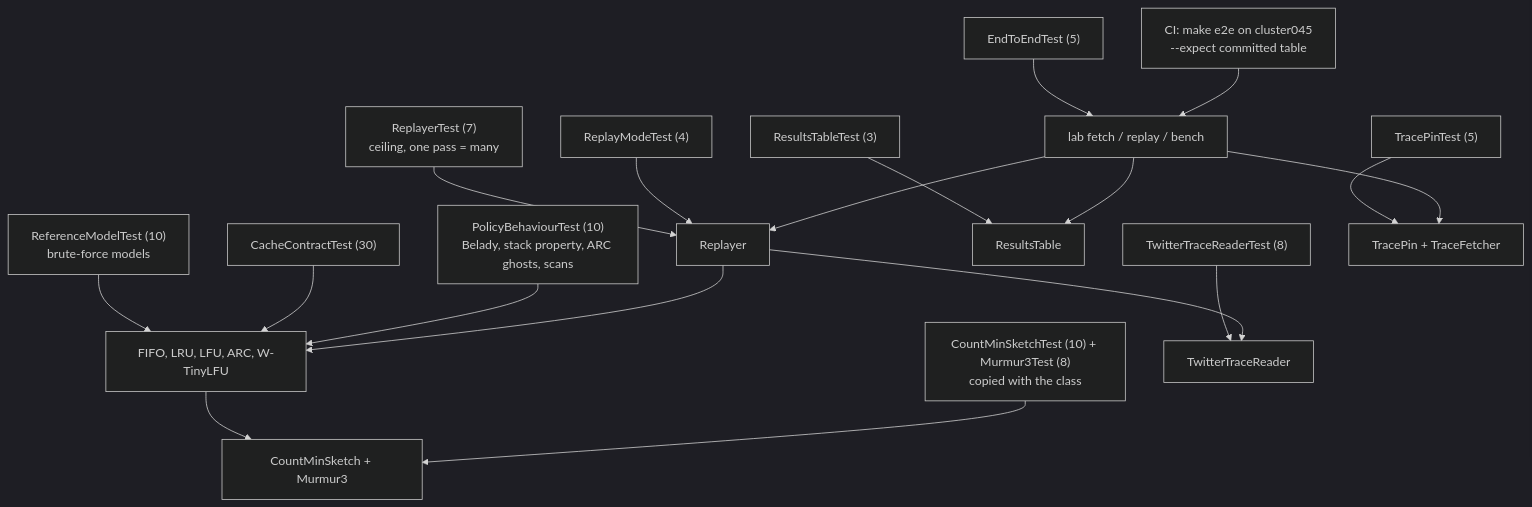
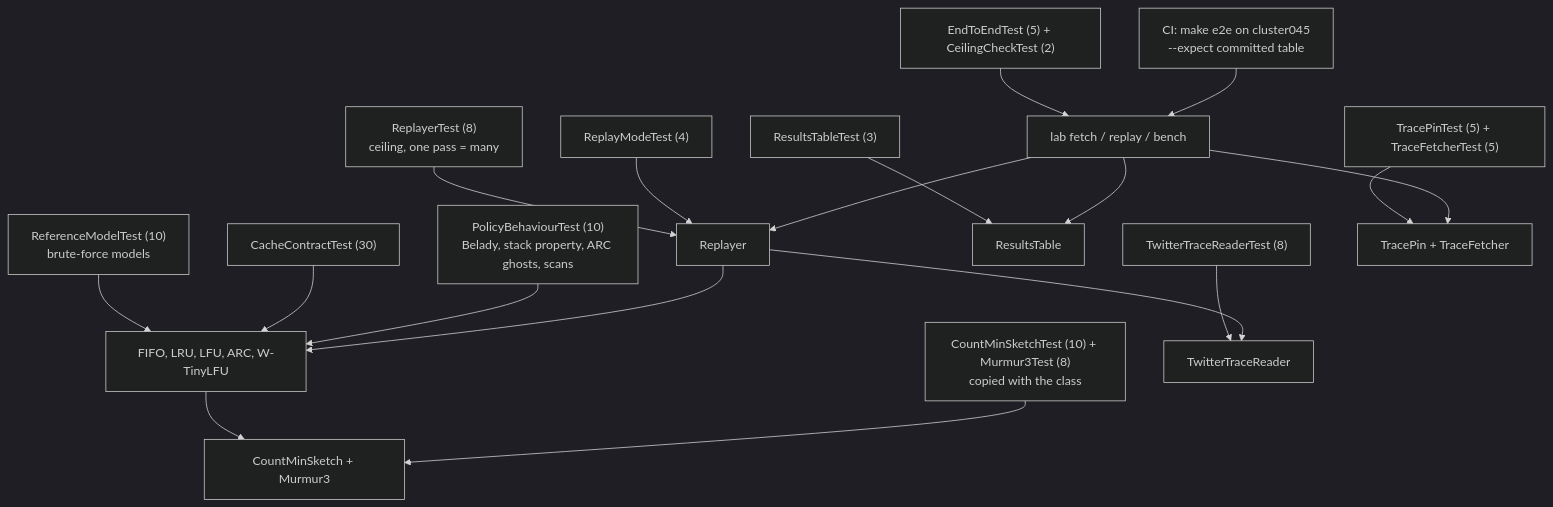
The second of 2 diagrams in README.md (EquinoxWN/cache-eviction-lab), drawn with Mermaid (dark theme) before and after one commit. The commit also changed other lines of this file and 6 other files, not shown here.

First line of the commit message:
test: check the 10 quality rules, kill surviving mutants

````diff
--- a/README.md
+++ b/README.md
@@ -190,19 +193,19 @@
 ```mermaid
 flowchart TB
   RM["ReferenceModelTest (10)<br/>brute-force models"] --> Pol["FIFO, LRU, LFU, ARC, W-TinyLFU"]
   CC["CacheContractTest (30)"] --> Pol
   PB["PolicyBehaviourTest (10)<br/>Belady, stack property, ARC ghosts, scans"] --> Pol
   Pol --> CMS["CountMinSketch + Murmur3"]
   CT["CountMinSketchTest (10) + Murmur3Test (8)<br/>copied with the class"] --> CMS
-  RT["ReplayerTest (7)<br/>ceiling, one pass = many"] --> Sim["Replayer"]
+  RT["ReplayerTest (8)<br/>ceiling, one pass = many"] --> Sim["Replayer"]
   MT["ReplayModeTest (4)"] --> Sim
   TT["ResultsTableTest (3)"] --> Tab["ResultsTable"]
   TR["TwitterTraceReaderTest (8)"] --> Rd["TwitterTraceReader"]
-  TP["TracePinTest (5)"] --> Pin["TracePin + TraceFetcher"]
-  E2E["EndToEndTest (5)"] --> CLI["lab fetch / replay / bench"]
+  TP["TracePinTest (5) + TraceFetcherTest (5)"] --> Pin["TracePin + TraceFetcher"]
+  E2E["EndToEndTest (5) + CeilingCheckTest (2)"] --> CLI["lab fetch / replay / bench"]
   CI["CI: make e2e on cluster045<br/>--expect committed table"] --> CLI
   CLI --> Sim --> Pol
   Sim --> Rd
   CLI --> Pin
   CLI --> Tab
 ```
````
